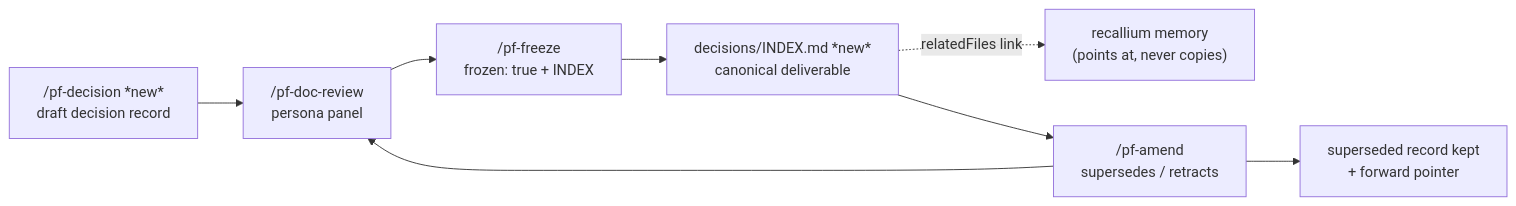
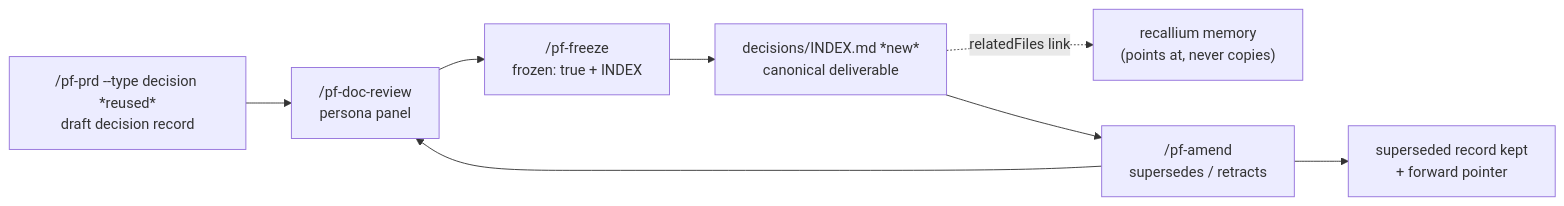
One commit to grdavies/shipwright changed the first of 2 diagrams in docs/plans/2026-06-23-006-feat-dev-cycle-standard-gaps-plan.md. Above: the diagram before and after it, drawn with Mermaid. The commit also changed other lines of this file, not shown here.

First line of the commit message:
Freeze plan 006 after panel review and round-2 fixes.

````diff
--- a/docs/plans/2026-06-23-006-feat-dev-cycle-standard-gaps-plan.md
+++ b/docs/plans/2026-06-23-006-feat-dev-cycle-standard-gaps-plan.md
@@ -75,10 +79,10 @@
 ```mermaid
 flowchart LR
-  AUTHOR["/pf-decision *new*<br/>draft decision record"] --> REVIEW["/pf-doc-review<br/>persona panel"]
+  AUTHOR["/pf-prd --type decision *reused*<br/>draft decision record"] --> REVIEW["/pf-doc-review<br/>persona panel"]
   REVIEW --> FREEZE["/pf-freeze<br/>frozen: true + INDEX"]
   FREEZE --> CANON["decisions/INDEX.md *new*<br/>canonical deliverable"]
   CANON -. relatedFiles link .-> MEM["recallium memory<br/>(points at, never copies)"]
   REVISE["/pf-amend<br/>supersedes / retracts"] --> REVIEW
   CANON --> REVISE
   REVISE --> FWD["superseded record kept<br/>+ forward pointer"]
 ```
````
